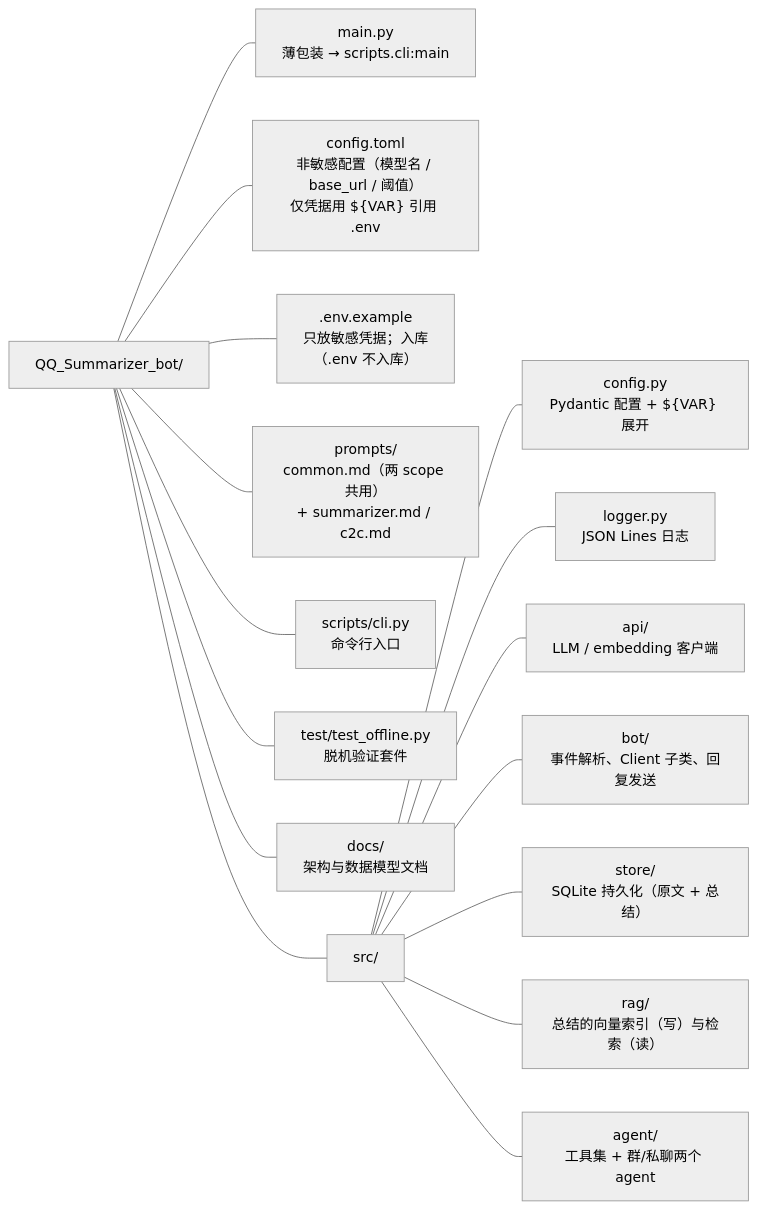
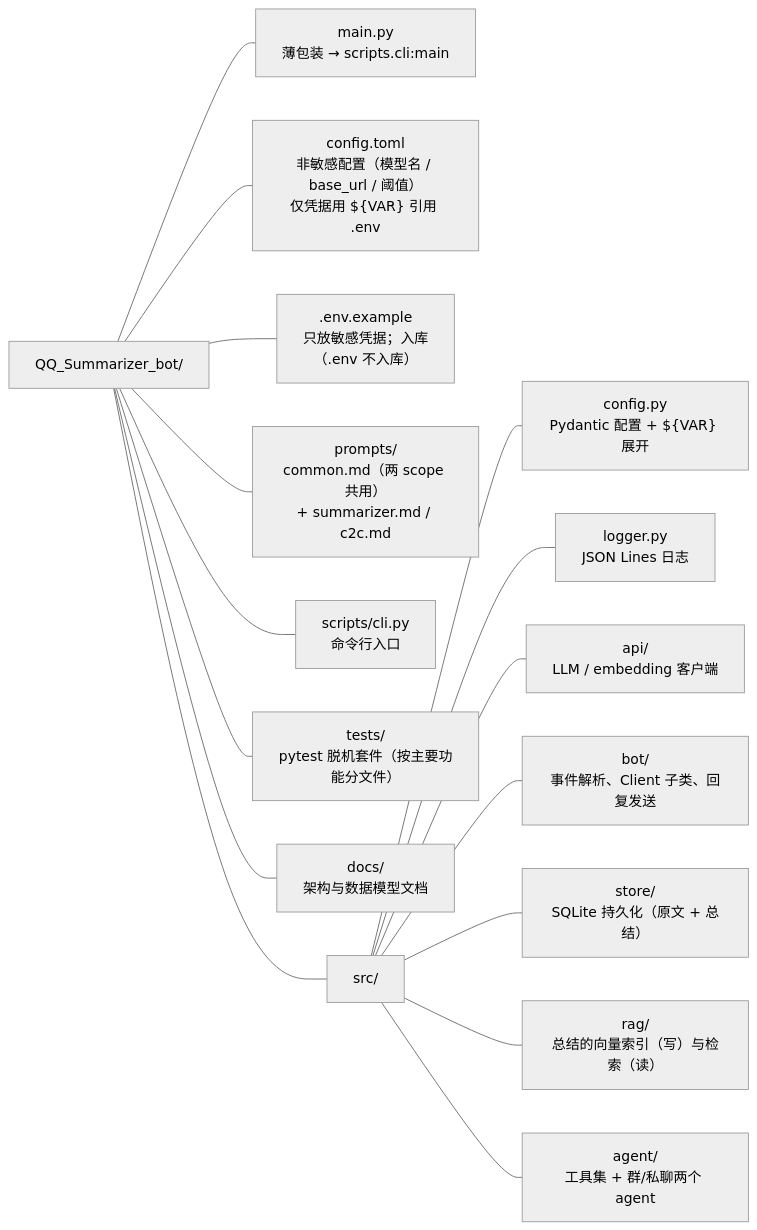
The second of 2 diagrams in README.md (ttzc/QQ_Summarizer_bot), drawn with Mermaid (neutral theme) before and after one commit. The commit also changed other lines of this file and 13 other files, not shown here.

First line of the commit message:
迁移到 pytest（tests/ 按主要功能分文件）+ GitHub Actions CI

````diff
--- a/README.md
+++ b/README.md
@@ -162,20 +162,20 @@
 ```mermaid
 flowchart LR
     ROOT["QQ_Summarizer_bot/"]
     ROOT --- MAIN["main.py<br/>薄包装 → scripts.cli:main"]
     ROOT --- CFG["config.toml<br/>非敏感配置（模型名 / base_url / 阈值）<br/>仅凭据用 ${VAR} 引用 .env"]
     ROOT --- ENVF[".env.example<br/>只放敏感凭据；入库<br/>（.env 不入库）"]
     ROOT --- PROMPT["prompts/<br/>common.md（两 scope 共用）<br/>+ summarizer.md / c2c.md"]
     ROOT --- CLI["scripts/cli.py<br/>命令行入口"]
-    ROOT --- TEST["test/test_offline.py<br/>脱机验证套件"]
+    ROOT --- TEST["tests/<br/>pytest 脱机套件（按主要功能分文件）"]
     ROOT --- DOCS["docs/<br/>架构与数据模型文档"]
     ROOT --- SRC["src/"]
 
     SRC --- SC["config.py<br/>Pydantic 配置 + ${VAR} 展开"]
     SRC --- SL["logger.py<br/>JSON Lines 日志"]
     SRC --- SA["api/<br/>LLM / embedding 客户端"]
     SRC --- SB["bot/<br/>事件解析、Client 子类、回复发送"]
     SRC --- SS["store/<br/>SQLite 持久化（原文 + 总结）"]
     SRC --- SR["rag/<br/>总结的向量索引（写）与检索（读）"]
     SRC --- SG["agent/<br/>工具集 + 群/私聊两个 agent"]
 ```
````
